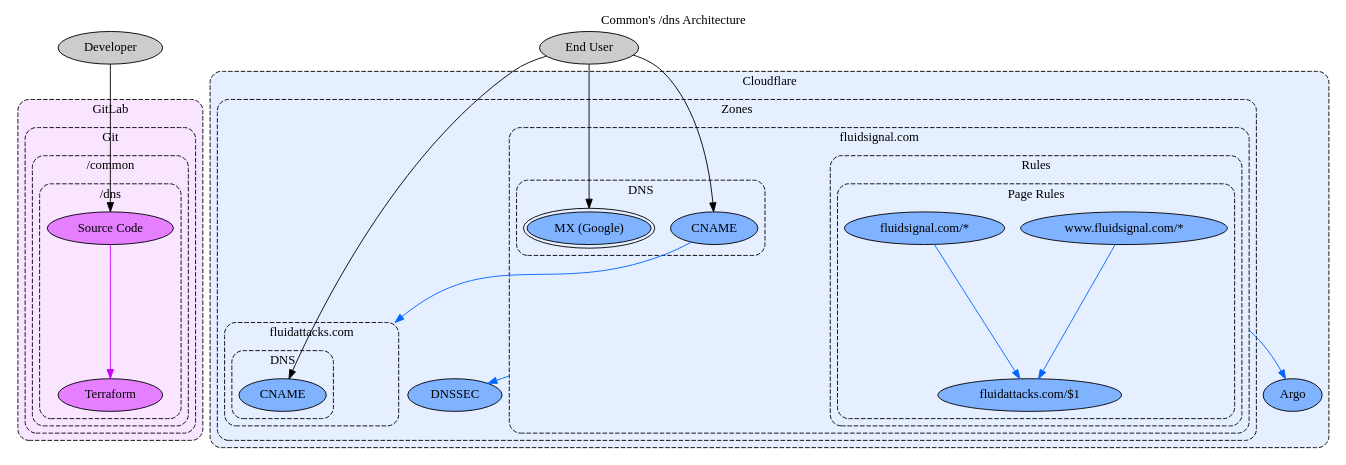
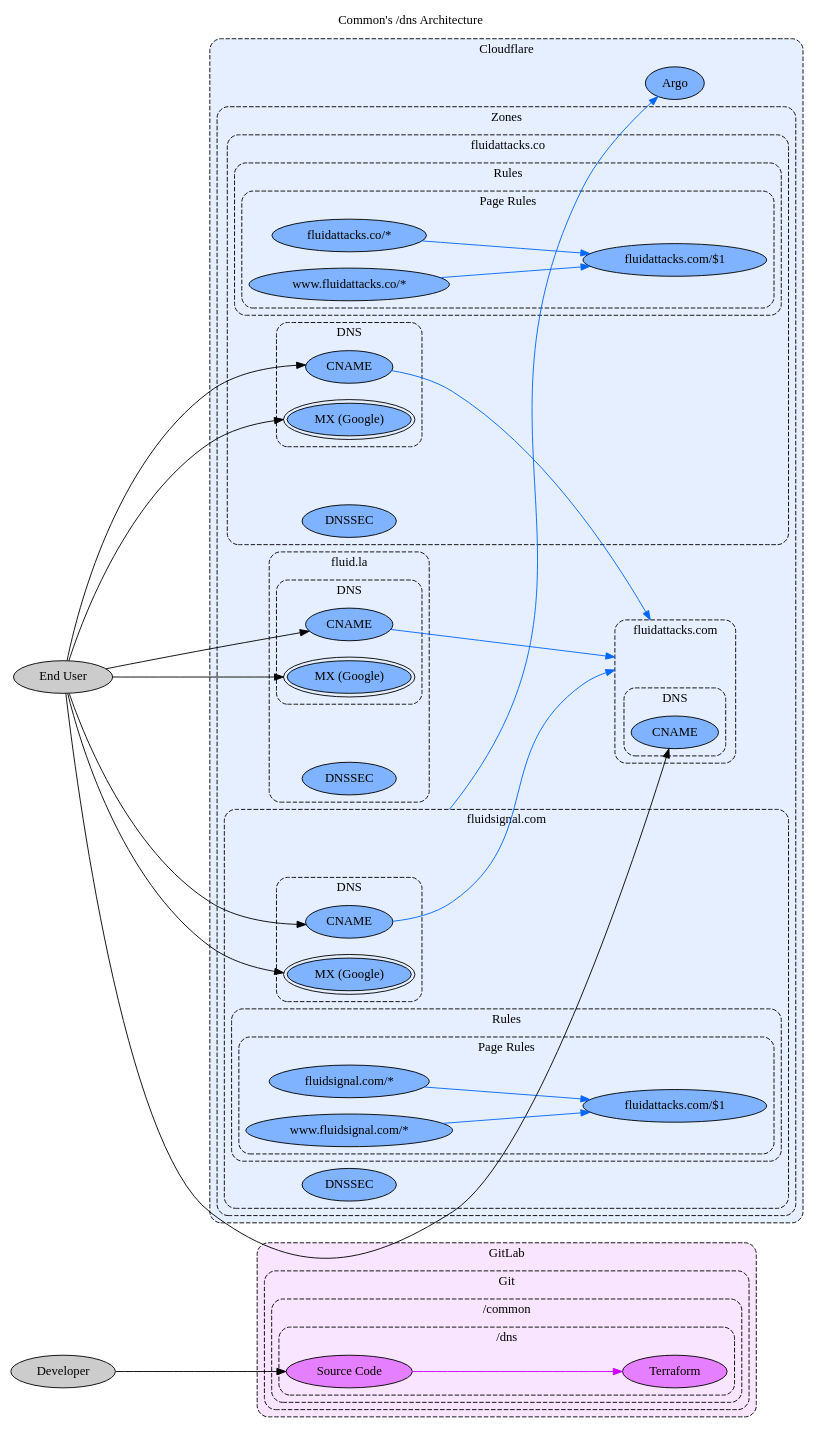
The diagram in docs/src/docs/development/products/common/dns-arch.dot (jeanbaptistemora/fluidattacks-universe2), drawn with Graphviz before and after one commit.

Commit message:
docs\feat(doc): #7581 dns arch
- Add more domains to the arch

```diff
--- a/docs/src/docs/development/products/common/dns-arch.dot
+++ b/docs/src/docs/development/products/common/dns-arch.dot
@@ -1,107 +1,155 @@
 // SPDX-FileCopyrightText: 2022 Fluid Attacks <development@fluidattacks.com>
 //
 // SPDX-License-Identifier: MPL-2.0
 
 digraph status {
   label="Common's /dns Architecture"
   labelloc="t"
   compound="true"
   concentrate="true"
   layout="dot"
   scale="scalexy"
+  rankdir="LR"
   ranksep="2.0"
 
   node[style="filled"]
   graph[style="dashed,rounded"]
 
   subgraph cluster_gitlab {
     label="GitLab"
     bgcolor="0.8 0.1 1.0"
     node[fillcolor="0.8 0.5 1.0"]
 
     subgraph cluster_gitlab_git {
       label="Git"
 
       subgraph cluster_gitlab_git_common {
         label="/common"
 
         subgraph cluster_gitlab_git_common_dns {
           label="/dns"
 
           gitlab_git_common_dns[label="Source Code"]
           gitlab_git_common_dns_terraform[label="Terraform"]
         }
       }
     }
   }
 
   subgraph cluster_cloudflare {
     label="Cloudflare"
     bgcolor="0.6 0.1 1.0"
     node[fillcolor="0.6 0.5 1.0"]
 
     cloudflare_argo[label="Argo"]
 
     subgraph cluster_cloudflare_zones {
       label="Zones"
 
-      cloudflare_zones_dnssec[label="DNSSEC"]
+      subgraph cluster_cloudflare_zone_fluid_la {
+        label="fluid.la"
+
+        cluster_cloudflare_zone_fluid_la[label="" style="invis"]
+        cloudflare_zone_fluid_la_dnssec[label="DNSSEC"]
+
+        subgraph cluster_cloudflare_zone_fluid_la_dns {
+          label="DNS"
+
+          cloudflare_zone_fluid_la_dns_cname[label="CNAME"]
+          cloudflare_zone_fluid_la_dns_mx[label="MX (Google)" peripheries="2"]
+        }
+      }
+
+      subgraph cluster_cloudflare_zone_fluidattacks_co {
+        label="fluidattacks.co"
+
+        cluster_cloudflare_zone_fluidattacks_co[label="" style="invis"]
+        cloudflare_zone_fluidattacks_co_dnssec[label="DNSSEC"]
+
+        subgraph cluster_cloudflare_zone_fluidattacks_co_dns {
+          label="DNS"
+
+          cloudflare_zone_fluidattacks_co_dns_cname[label="CNAME"]
+          cloudflare_zone_fluidattacks_co_dns_mx[label="MX (Google)" peripheries="2"]
+        }
+
+        subgraph cluster_cloudflare_zone_fluidattacks_co_rules {
+          label="Rules"
+
+          subgraph cluster_cloudflare_zone_fluidattacks_co_rules_page {
+            label="Page Rules"
+
+            cloudflare_zone_fluidattacks_co_rules_page[label="fluidattacks.co/*"]
+            cloudflare_zone_fluidattacks_co_rules_page_www[label="www.fluidattacks.co/*"]
+            cloudflare_zone_fluidattacks_co_rules_page_forward[label="fluidattacks.com/$1"]
+          }
+        }
+      }
 
       subgraph cluster_cloudflare_zone_fluidattacks_com {
         label="fluidattacks.com"
 
         cluster_cloudflare_zone_fluidattacks_com[label="" style="invis"]
 
         subgraph cluster_cloudflare_zone_fluidattacks_com_dns {
           label="DNS"
 
           cloudflare_zone_fluidattacks_com_dns_cname[label="CNAME"]
         }
       }
 
       subgraph cluster_cloudflare_zone_fluidsignal_com {
         label="fluidsignal.com"
 
         cluster_cloudflare_zone_fluidsignal_com[label="" style="invis"]
+        cloudflare_zone_fluidsignal_com_dnssec[label="DNSSEC"]
 
         subgraph cluster_cloudflare_zone_fluidsignal_com_dns {
           label="DNS"
 
           cloudflare_zone_fluidsignal_com_dns_cname[label="CNAME"]
           cloudflare_zone_fluidsignal_com_dns_mx[label="MX (Google)" peripheries="2"]
         }
 
         subgraph cluster_cloudflare_zone_fluidsignal_com_rules {
           label="Rules"
 
           subgraph cluster_cloudflare_zone_fluidsignal_com_rules_page {
             label="Page Rules"
 
             cloudflare_zone_fluidsignal_com_rules_page[label="fluidsignal.com/*"]
             cloudflare_zone_fluidsignal_com_rules_page_www[label="www.fluidsignal.com/*"]
             cloudflare_zone_fluidsignal_com_rules_page_forward[label="fluidattacks.com/$1"]
           }
         }
       }
     }
   }
+
   edge[color="0.6 1.0 1.0"]
+  cloudflare_zone_fluid_la_dns_cname -> cluster_cloudflare_zone_fluidattacks_com[lhead="cluster_cloudflare_zone_fluidattacks_com"]
+  cloudflare_zone_fluidattacks_co_dns_cname -> cluster_cloudflare_zone_fluidattacks_com[lhead="cluster_cloudflare_zone_fluidattacks_com"]
+  cloudflare_zone_fluidattacks_co_rules_page -> cloudflare_zone_fluidattacks_co_rules_page_forward[]
+  cloudflare_zone_fluidattacks_co_rules_page_www -> cloudflare_zone_fluidattacks_co_rules_page_forward[]
   cloudflare_zone_fluidsignal_com_dns_cname -> cluster_cloudflare_zone_fluidattacks_com[lhead="cluster_cloudflare_zone_fluidattacks_com"]
   cloudflare_zone_fluidsignal_com_rules_page -> cloudflare_zone_fluidsignal_com_rules_page_forward[]
   cloudflare_zone_fluidsignal_com_rules_page_www -> cloudflare_zone_fluidsignal_com_rules_page_forward[]
   cluster_cloudflare_zone_fluidsignal_com -> cloudflare_argo[ltail="cluster_cloudflare_zone_fluidsignal_com"]
-  cluster_cloudflare_zone_fluidsignal_com -> cloudflare_zones_dnssec[ltail="cluster_cloudflare_zone_fluidsignal_com"]
 
   edge[color="0.8 1.0 1.0"]
   gitlab_git_common_dns -> gitlab_git_common_dns_terraform[]
 
   node[fillcolor="0.0 0.0 0.8"]
   developer[label="Developer"]
   end_user[label="End User"]
 
   edge[color="0.0 0.0 0.0"]
   developer -> gitlab_git_common_dns[]
+  end_user -> cloudflare_zone_fluid_la_dns_cname[]
+  end_user -> cloudflare_zone_fluid_la_dns_mx[]
+  end_user -> cloudflare_zone_fluidattacks_co_dns_cname[]
+  end_user -> cloudflare_zone_fluidattacks_co_dns_mx[]
   end_user -> cloudflare_zone_fluidattacks_com_dns_cname[]
   end_user -> cloudflare_zone_fluidsignal_com_dns_cname[]
   end_user -> cloudflare_zone_fluidsignal_com_dns_mx[]
 }
```
